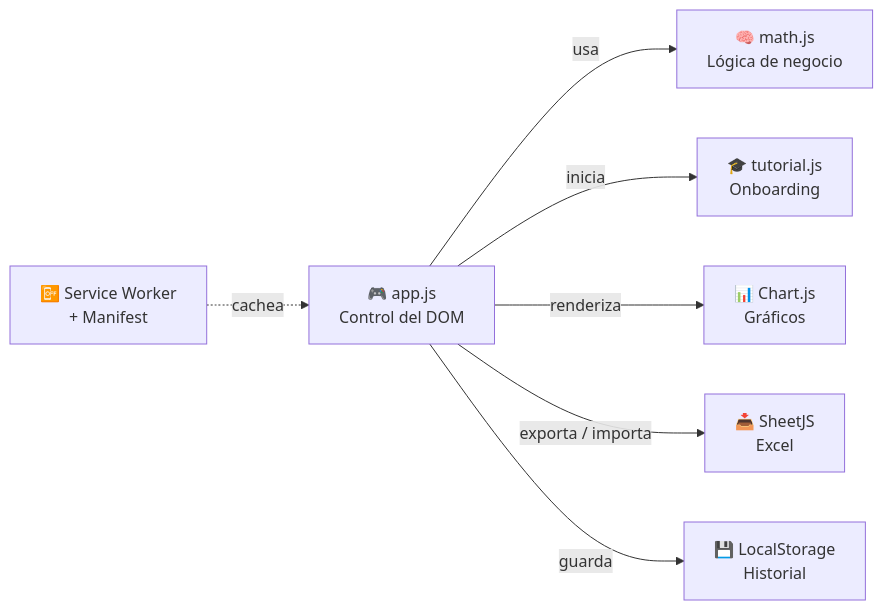
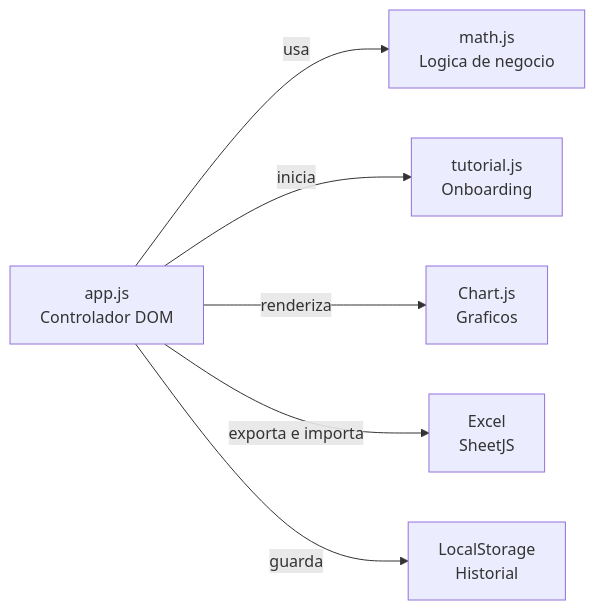
One commit to jimmynorman/Calculadora-Maestrazo changed the diagram in README.md. Above: the diagram before and after it, drawn with Mermaid. The commit also changed other lines of this file and 11 other files, not shown here.

````diff
--- a/README.md
+++ b/README.md
@@ -87,9 +87,8 @@
 ```mermaid
 graph LR
-    A["🎮 app.js<br/>Control del DOM"] -->|"usa"| B["🧠 math.js<br/>Lógica de negocio"]
-    A -->|"inicia"| C["🎓 tutorial.js<br/>Onboarding"]
-    A -->|"renderiza"| D["📊 Chart.js<br/>Gráficos"]
-    A -->|"exporta / importa"| E["📥 SheetJS<br/>Excel"]
-    A -->|"guarda"| F["💾 LocalStorage<br/>Historial"]
-    G["📴 Service Worker<br/>+ Manifest"] -.->|"cachea"| A
+    A["app.js<br/>Controlador DOM"] -->|"usa"| B["math.js<br/>Logica de negocio"]
+    A -->|"inicia"| C["tutorial.js<br/>Onboarding"]
+    A -->|"renderiza"| D["Chart.js<br/>Graficos"]
+    A -->|"exporta e importa"| E["Excel<br/>SheetJS"]
+    A -->|"guarda"| F["LocalStorage<br/>Historial"]
 ```
````
